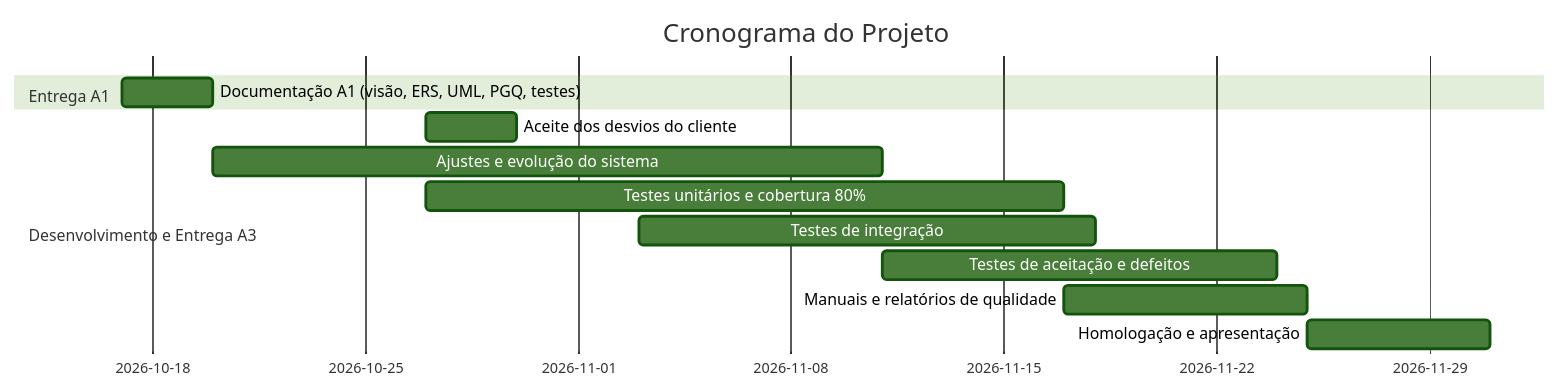
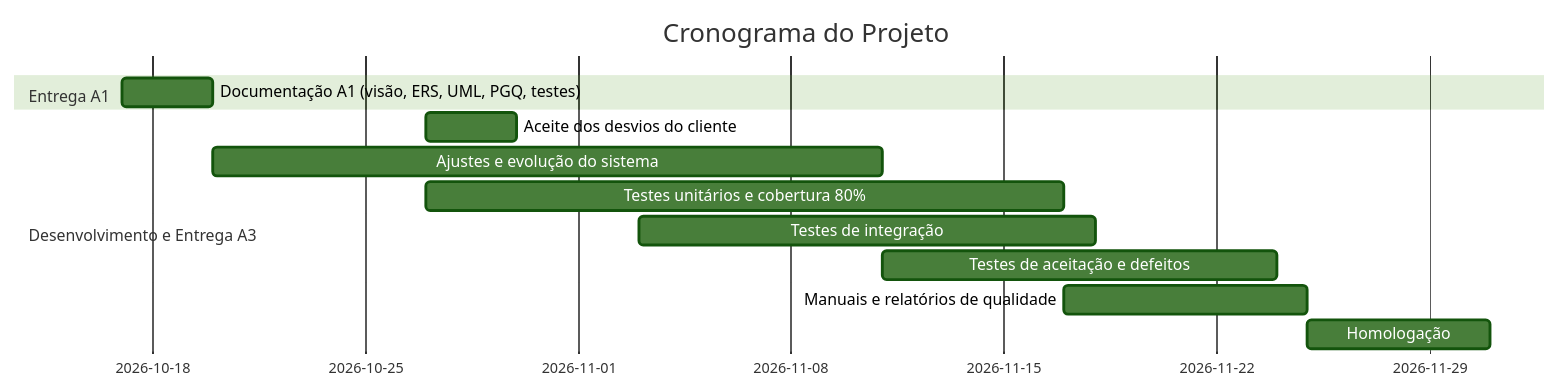
The second of 2 diagrams in 03_Projeto/Planejamento_do_Projeto.md (jvfraga01/Projeto_FolhaPagamento), drawn with Mermaid (forest theme) before and after one commit. The commit also changed other lines of this file and 26 other files, not shown here.

````diff
--- a/03_Projeto/Planejamento_do_Projeto.md
+++ b/03_Projeto/Planejamento_do_Projeto.md
@@ -34,17 +33,17 @@
 ```mermaid
 gantt
     title Cronograma do Projeto
     dateFormat YYYY-MM-DD
 
     section Entrega A1
     Documentação A1 (visão, ERS, UML, PGQ, testes) :tarefa1, 2026-10-17, 2026-10-20
 
     section Desenvolvimento e Entrega A3
     Aceite dos desvios do cliente :tarefa8, 2026-10-27, 2026-10-30
     Ajustes e evolução do sistema :tarefa2, 2026-10-20, 2026-11-11
     Testes unitários e cobertura 80% :tarefa3, 2026-10-27, 2026-11-17
     Testes de integração :tarefa4, 2026-11-03, 2026-11-18
     Testes de aceitação e defeitos :tarefa5, 2026-11-11, 2026-11-24
     Manuais e relatórios de qualidade :tarefa6, 2026-11-17, 2026-11-25
-    Homologação e apresentação :tarefa7, 2026-11-25, 2026-12-01
+    Homologação :tarefa7, 2026-11-25, 2026-12-01
 ```
````
